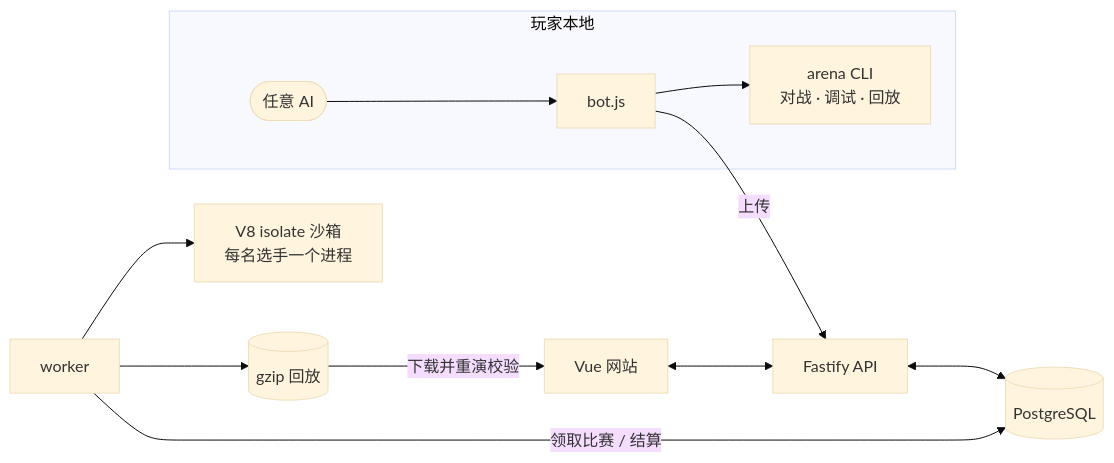
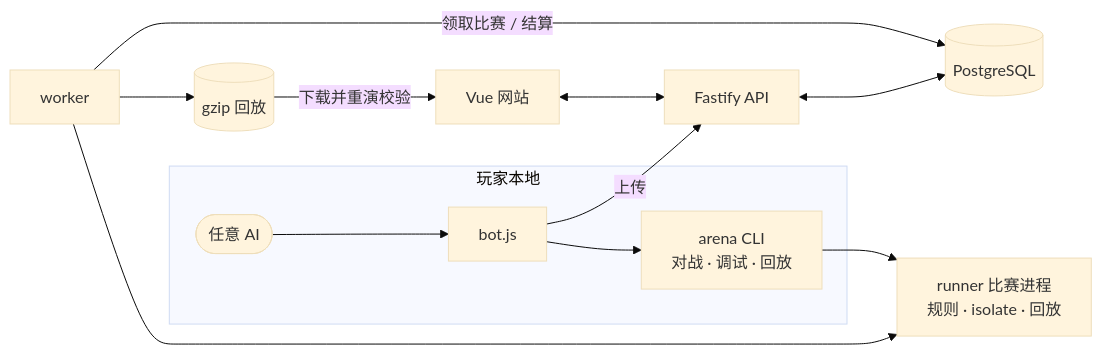
One commit to KurohaneKaoruko/si-arena changed the diagram in README.md. Above: the diagram before and after it, drawn with Mermaid (base theme). The commit also changed other lines of this file and 95 other files, not shown here.

First line of the commit message:
perf(runner)!: isolate matches and reuse player runtimes

````diff
--- a/README.md
+++ b/README.md
@@ -83,14 +83,15 @@
 ```mermaid
 flowchart LR
   subgraph local[玩家本地]
     ai([任意 AI]) --> bot[bot.js]
     bot --> cli[arena CLI<br/>对战 · 调试 · 回放]
   end
   bot -- 上传 --> api[Fastify API]
   web[Vue 网站] <--> api
   api <--> db[(PostgreSQL)]
   worker[worker] -- 领取比赛 / 结算 --> db
-  worker --> sandbox[V8 isolate 沙箱<br/>每名选手一个进程]
+  worker --> runner[runner 比赛进程<br/>规则 · isolate · 回放]
+  cli --> runner
   worker --> replays[(gzip 回放)]
   replays -- 下载并重演校验 --> web
 ```
````
